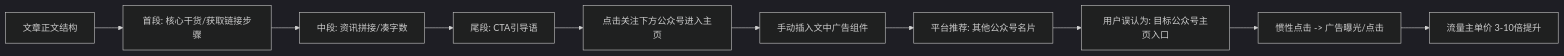
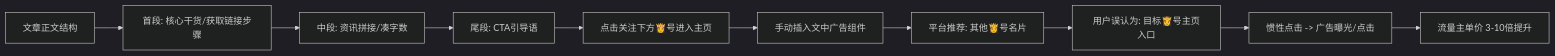
Before and after one commit to OpenDocCN1/flygon-zhuanqian-zhoubao: the seventh of 12 diagrams in docs/202301-02_paper2textbook/asset/body_fix_311cd63adfab480ea5ba007413c09a8f_c9c1c58ba5aade8800b888b0a6c70483_beb1d64e9e875af1546092bf3d4a6d4a_15e5623c070778b35f7eff34ca4690da.md, drawn with Mermaid (dark theme). The commit also changed other lines of this file and 6688 other files, not shown here.

````diff
--- a/docs/202301-02_paper2textbook/asset/body_fix_311cd63adfab480ea5ba007413c09a8f_c9c1c58ba5aade8800b888b0a6c70483_beb1d64e9e875af1546092bf3d4a6d4a_15e5623c070778b35f7eff34ca4690da.md
+++ b/docs/202301-02_paper2textbook/asset/body_fix_311cd63adfab480ea5ba007413c09a8f_c9c1c58ba5aade8800b888b0a6c70483_beb1d64e9e875af1546092bf3d4a6d4a_15e5623c070778b35f7eff34ca4690da.md
@@ -450,12 +450,12 @@
 ```mermaid
 flowchart LR
     A[文章正文结构] --> B[首段: 核心干货/获取链接步骤]
     B --> C[中段: 资讯拼接/凑字数]
     C --> D[尾段: CTA引导语]
-    D --> E[点击关注下方公众号进入主页]
+    D --> E[点击关注下方👸号进入主页]
     E --> F[手动插入文中广告组件]
-    F --> G[平台推荐: 其他公众号名片]
-    G --> H[用户误认为: 目标公众号主页入口]
+    F --> G[平台推荐: 其他👸号名片]
+    G --> H[用户误认为: 目标👸号主页入口]
     H --> I[惯性点击 -> 广告曝光/点击]
     I --> J[流量主单价 3-10倍提升]
 ```
````
